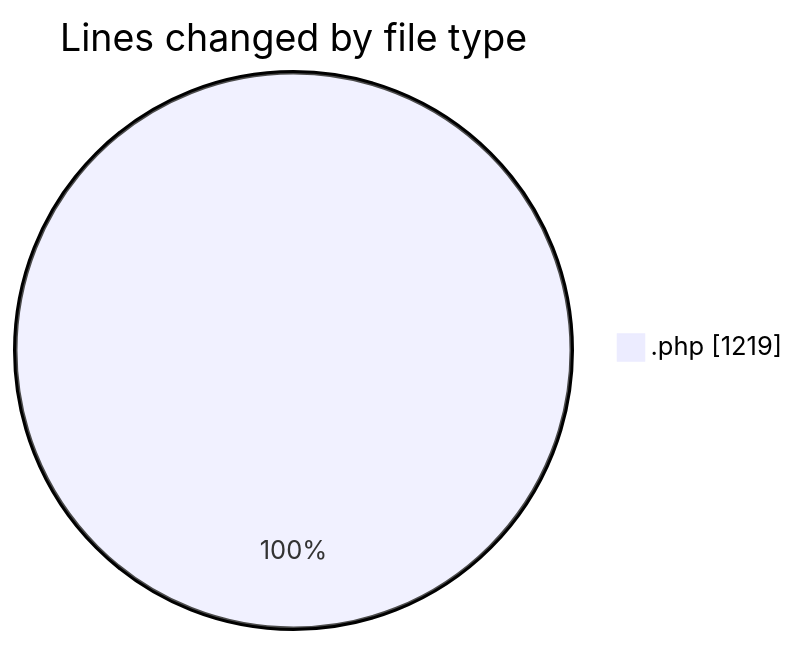
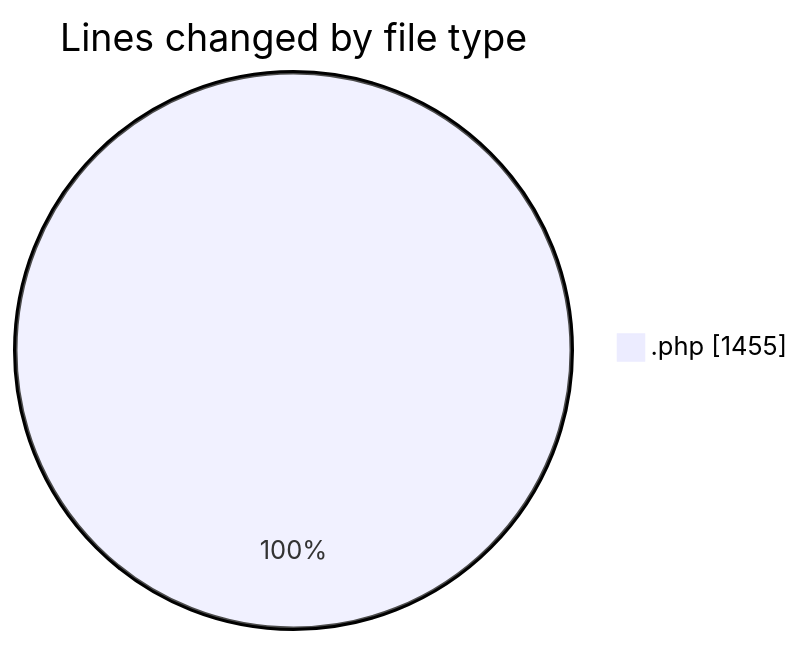
The first of 2 diagrams in 2025-02-13/checkout_v2/README.md (robertbonfada/code-tracking), drawn with Mermaid before and after one commit. The commit also changed other lines of this file and 1 other file, not shown here.

````diff
--- a/2025-02-13/checkout_v2/README.md
+++ b/2025-02-13/checkout_v2/README.md
@@ -20,5 +22,5 @@
 ```mermaid
 pie showData
 title Lines changed by file type
-".php" : 1219
+".php" : 1455
 ```
````
